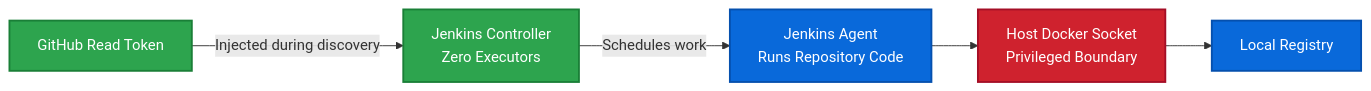
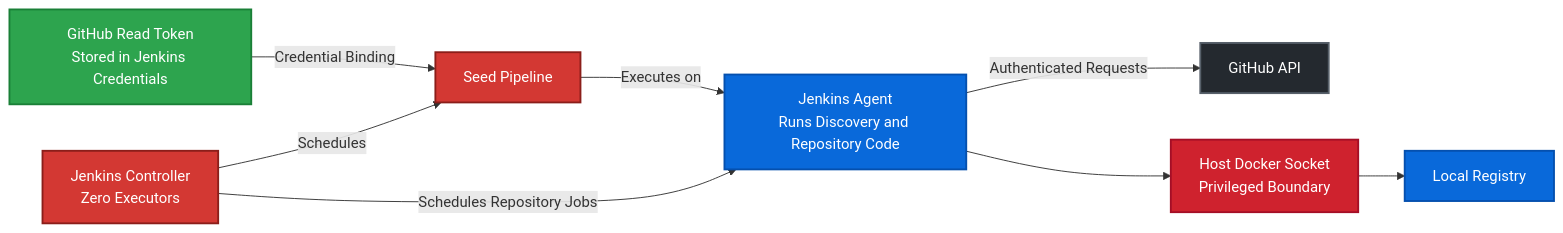
The tenth of 10 diagrams in docs/architecture.md (meghanareddy08/Txstate-DevOps-Assignment), drawn with Mermaid before and after one commit. The commit also changed other lines of this file, not shown here.

First line of the commit message:
Enhance architecture documentation with execution model

````diff
--- a/docs/architecture.md
+++ b/docs/architecture.md
@@ -226,25 +416,30 @@
 ```mermaid
 flowchart LR
-    TOKEN[GitHub Read Token]
-
+    TOKEN[GitHub Read Token<br/>Stored in Jenkins Credentials]
     CONTROLLER[Jenkins Controller<br/>Zero Executors]
-
-    AGENT[Jenkins Agent<br/>Runs Repository Code]
-
+    SEED[Seed Pipeline]
+    AGENT[Jenkins Agent<br/>Runs Discovery and Repository Code]
+    GH[GitHub API]
     SOCKET[Host Docker Socket<br/>Privileged Boundary]
-
     REGISTRY[Local Registry]
 
-    TOKEN -->|Injected during discovery| CONTROLLER
-    CONTROLLER -->|Schedules work| AGENT
+    TOKEN -->|Credential Binding| SEED
+    CONTROLLER -->|Schedules| SEED
+    CONTROLLER -->|Schedules Repository Jobs| AGENT
+    SEED -->|Executes on| AGENT
+    AGENT -->|Authenticated Requests| GH
     AGENT --> SOCKET
     SOCKET --> REGISTRY
 
     classDef safe fill:#2da44e,color:#ffffff,stroke:#1a7f37,stroke-width:2px;
+    classDef jenkins fill:#d33833,color:#ffffff,stroke:#8b1e1a,stroke-width:2px;
     classDef runtime fill:#0969da,color:#ffffff,stroke:#0550ae,stroke-width:2px;
     classDef sensitive fill:#cf222e,color:#ffffff,stroke:#a40e26,stroke-width:2px;
+    classDef github fill:#24292f,color:#ffffff,stroke:#57606a,stroke-width:2px;
 
-    class TOKEN,CONTROLLER safe;
+    class TOKEN safe;
+    class CONTROLLER,SEED jenkins;
     class AGENT,REGISTRY runtime;
     class SOCKET sensitive;
+    class GH github;
 ```
````
